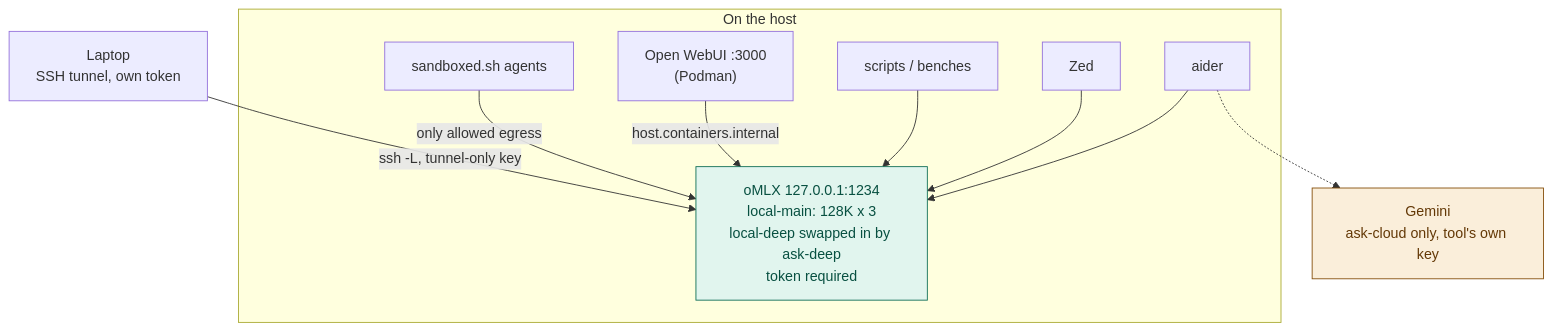
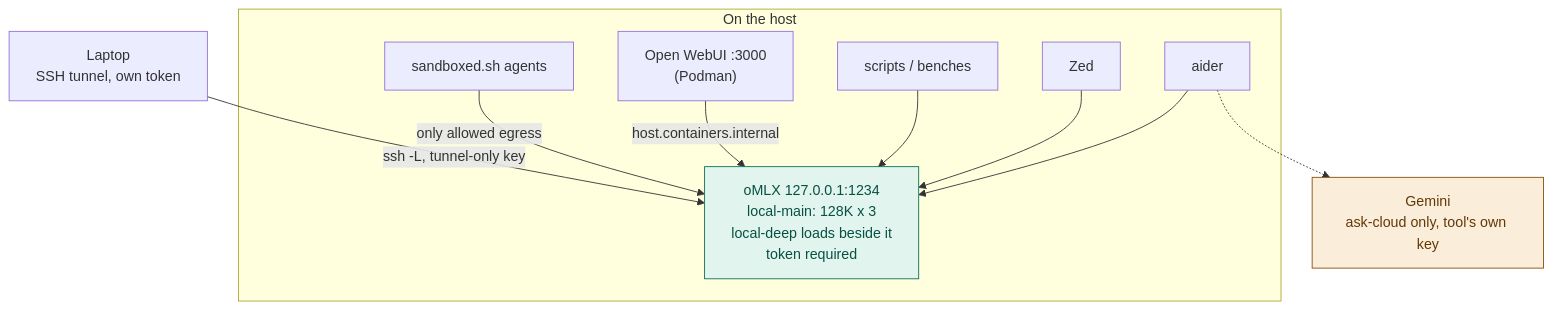
Before and after one commit to ouster/hearth: the diagram in docs/ARCHITECTURE.md, drawn with Mermaid. The commit also changed other lines of this file and 20 other files, not shown here.

First line of the commit message:
Load both local roles together, and make oMLX the only server.

````diff
--- a/docs/ARCHITECTURE.md
+++ b/docs/ARCHITECTURE.md
@@ -10,27 +10,27 @@
 ```mermaid
 flowchart TB
     subgraph onHost["On the host"]
         aider["aider"]
         zed["Zed"]
         scripts["scripts / benches"]
         webui["Open WebUI :3000<br/>(Podman)"]
         sbx["sandboxed.sh agents"]
-        srv["oMLX 127.0.0.1:1234<br/>local-main: 128K x 3<br/>local-deep swapped in by ask-deep<br/>token required"]
+        srv["oMLX 127.0.0.1:1234<br/>local-main: 128K x 3<br/>local-deep loads beside it<br/>token required"]
     end
 
     laptop["Laptop<br/>SSH tunnel, own token"]
     cloud["Gemini<br/>ask-cloud only, tool's own key"]
 
     aider --> srv
     zed --> srv
     scripts --> srv
     webui -->|"host.containers.internal"| srv
     sbx -->|"only allowed egress"| srv
     laptop -->|"ssh -L, tunnel-only key"| srv
     aider -.-> cloud
 
     classDef localCls fill:#E1F5EE,stroke:#0F6E56,color:#085041
     classDef leaveCls fill:#FAEEDA,stroke:#854F0B,color:#633806
     class srv localCls
     class cloud leaveCls
 ```
````
